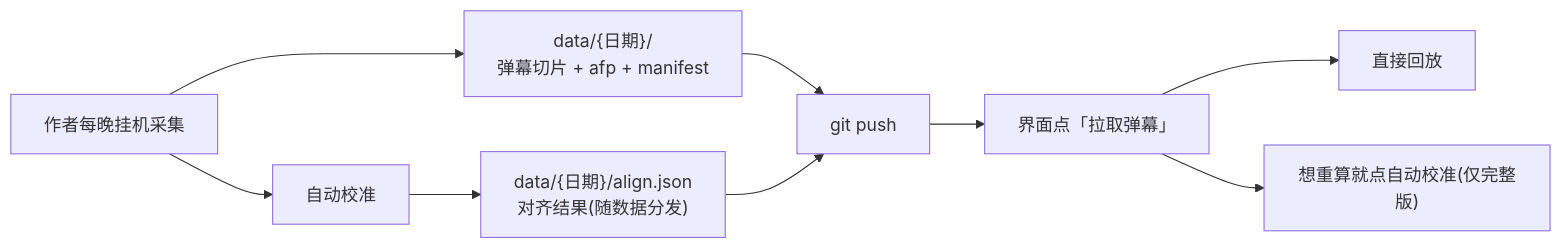
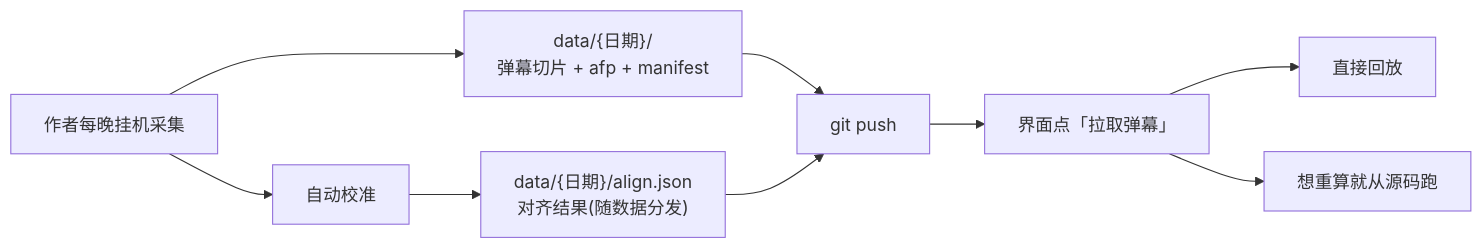
The second of 3 diagrams in DISTRIBUTION.md (root9701/danmaku-timewarp), drawn with Mermaid before and after one commit. The commit also changed other lines of this file and 11 other files, not shown here.

````diff
--- a/DISTRIBUTION.md
+++ b/DISTRIBUTION.md
@@ -161,11 +161,11 @@
 ```mermaid
 flowchart LR
     A["作者每晚挂机采集"] --> B["data/{日期}/<br/>弹幕切片 + afp + manifest"]
     A --> C["自动校准"]
     C --> D["data/{日期}/align.json<br/>对齐结果(随数据分发)"]
     B --> E["git push"]
     D --> E
     E --> F["界面点「拉取弹幕」"]
     F --> G["直接回放"]
-    F --> H["想重算就点自动校准(仅完整版)"]
+    F --> H["想重算就从源码跑"]
 ```
````
